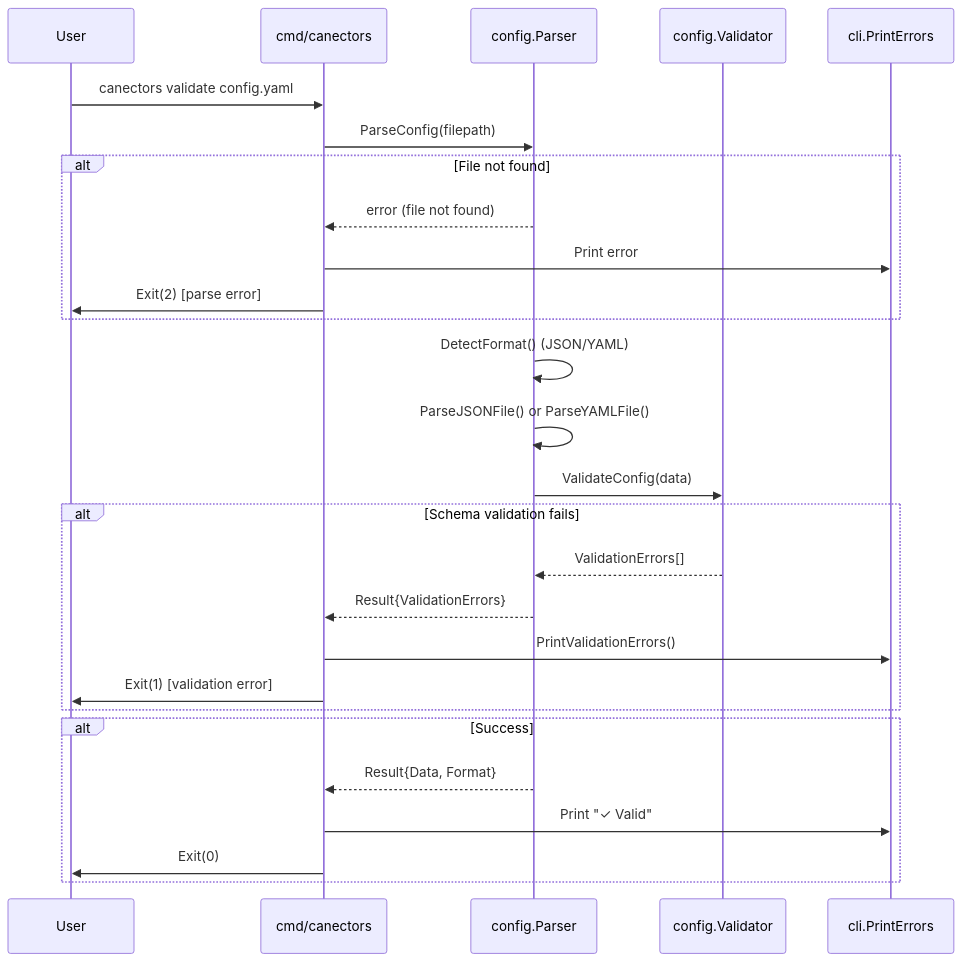
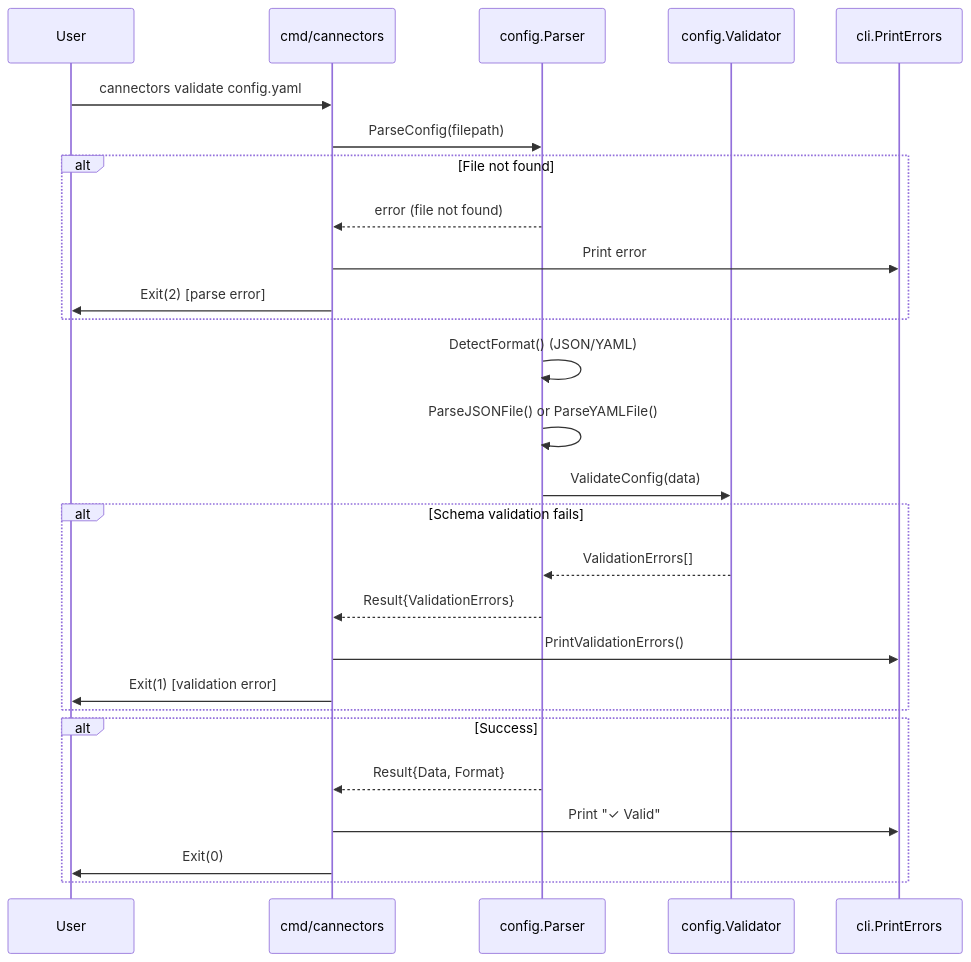
The first of 3 diagrams in docs/EXECUTION_FLOW.md (AlexandreCano/canectors-runtime), drawn with Mermaid before and after one commit. The commit also changed other lines of this file and 160 other files, not shown here.

````diff
--- a/docs/EXECUTION_FLOW.md
+++ b/docs/EXECUTION_FLOW.md
@@ -70,34 +70,34 @@
 ```mermaid
 sequenceDiagram
     participant User
-    participant CLI as cmd/canectors
+    participant CLI as cmd/cannectors
     participant Config as config.Parser
     participant Validator as config.Validator
     participant CLIOut as cli.PrintErrors
 
-    User->>CLI: canectors validate config.yaml
+    User->>CLI: cannectors validate config.yaml
     CLI->>Config: ParseConfig(filepath)
 
     alt File not found
         Config-->>CLI: error (file not found)
         CLI->>CLIOut: Print error
         CLI->>User: Exit(2) [parse error]
     end
 
     Config->>Config: DetectFormat() (JSON/YAML)
     Config->>Config: ParseJSONFile() or ParseYAMLFile()
     Config->>Validator: ValidateConfig(data)
 
     alt Schema validation fails
         Validator-->>Config: ValidationErrors[]
         Config-->>CLI: Result{ValidationErrors}
         CLI->>CLIOut: PrintValidationErrors()
         CLI->>User: Exit(1) [validation error]
     end
 
     alt Success
         Config-->>CLI: Result{Data, Format}
         CLI->>CLIOut: Print "✓ Valid"
         CLI->>User: Exit(0)
     end
 ```
````
